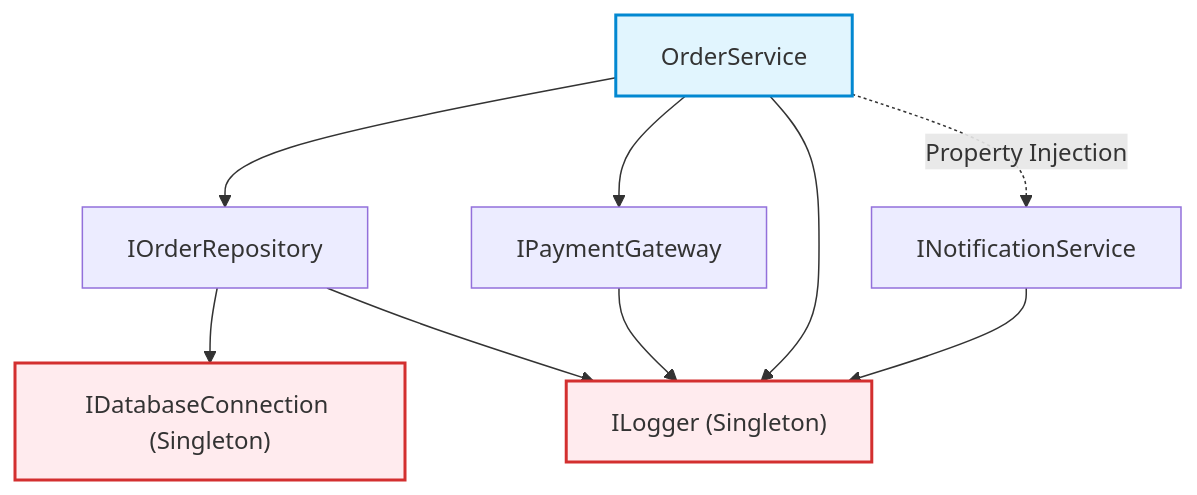
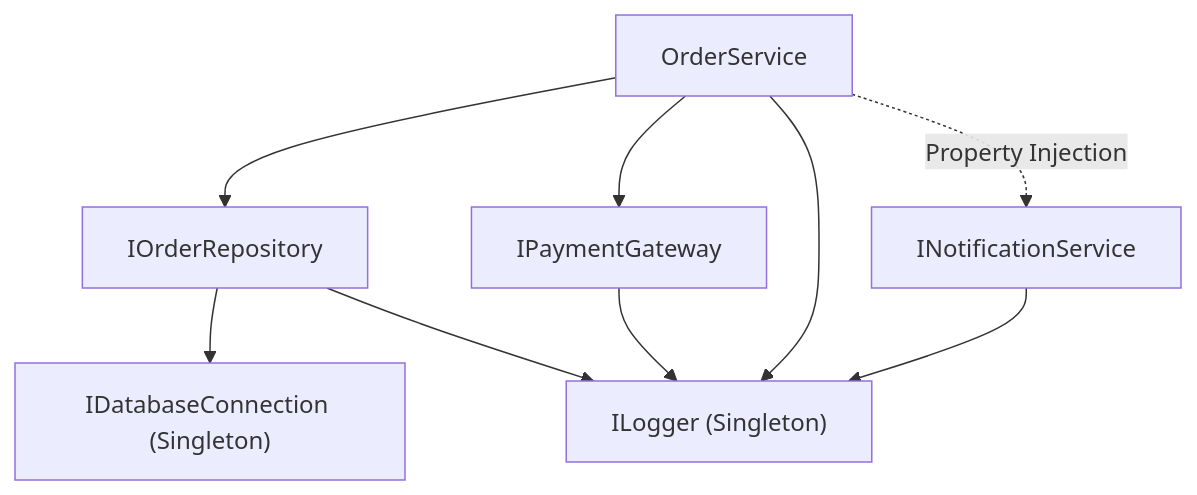
The first of 2 diagrams in 06-Advanced-DotNet/02-Reflection-And-Metadata/Docs/06_IoC_Container_Deep_Dive.md (MrTomkaYurii/CSharp-OOP-Mastery), drawn with Mermaid before and after one commit. The commit also changed other lines of this file and 7 other files, not shown here.

````diff
--- a/06-Advanced-DotNet/02-Reflection-And-Metadata/Docs/06_IoC_Container_Deep_Dive.md
+++ b/06-Advanced-DotNet/02-Reflection-And-Metadata/Docs/06_IoC_Container_Deep_Dive.md
@@ -26,18 +33,14 @@
 ```mermaid
 graph TD
     OrderService["OrderService"]
     OrderService --> IOrderRepository["IOrderRepository"]
     OrderService --> IPaymentGateway["IPaymentGateway"]
     OrderService --> ILogger["ILogger (Singleton)"]
     OrderService -.->|Property Injection| INotificationService["INotificationService"]
 
     IOrderRepository --> IDatabaseConnection["IDatabaseConnection (Singleton)"]
     IOrderRepository --> ILogger
 
     IPaymentGateway --> ILogger
     INotificationService --> ILogger
-
-    style OrderService fill:#e1f5fe,stroke:#0288d1,stroke-width:2px
-    style ILogger fill:#ffebee,stroke:#d32f2f,stroke-width:2px
-    style IDatabaseConnection fill:#ffebee,stroke:#d32f2f,stroke-width:2px
 ```
````
